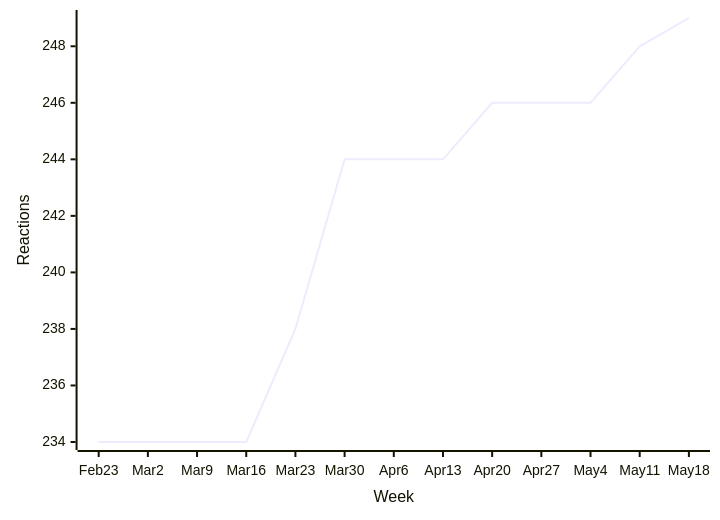
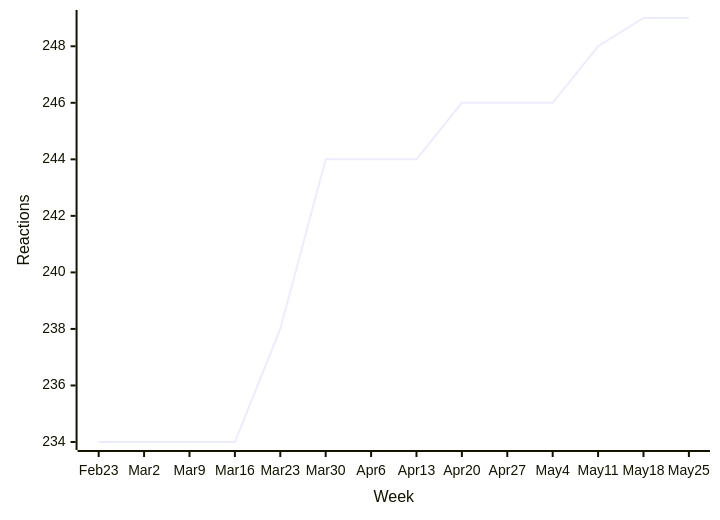
Before and after one commit to loic-sharma/github-insights: the eighth of 49 diagrams in README.md, drawn with Mermaid. The commit also changed other lines of this file and 3 other files, not shown here.

````diff
--- a/README.md
+++ b/README.md
@@ -458,6 +458,6 @@
   ```mermaid
   xychart-beta
-    x-axis "Week" [Feb 23, Mar 2, Mar 9, Mar 16, Mar 23, Mar 30, Apr 6, Apr 13, Apr 20, Apr 27, May 4, May 11, May 18]
+    x-axis "Week" [Feb 23, Mar 2, Mar 9, Mar 16, Mar 23, Mar 30, Apr 6, Apr 13, Apr 20, Apr 27, May 4, May 11, May 18, May 25]
     y-axis "Reactions"
-    line [234, 234, 234, 234, 238, 244, 244, 244, 246, 246, 246, 248, 249]
+    line [234, 234, 234, 234, 238, 244, 244, 244, 246, 246, 246, 248, 249, 249]
   ```
````
